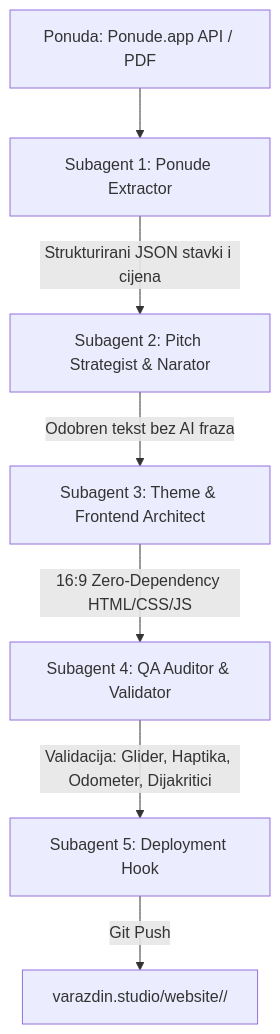
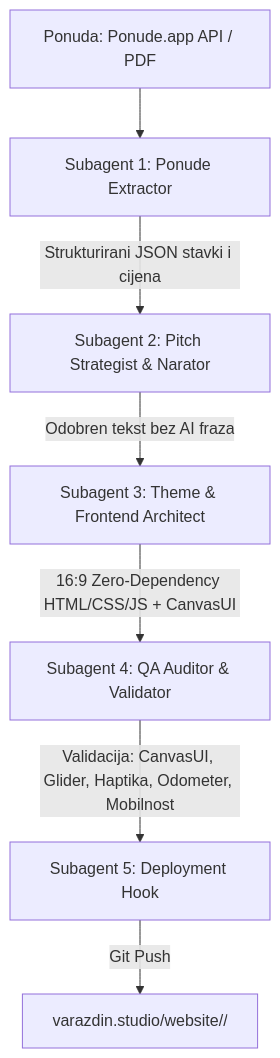
Before and after one commit to timon2200/ponude: the diagram in AGENTS.md, drawn with Mermaid. The commit also changed other lines of this file and 3 other files, not shown here.

````diff
--- a/AGENTS.md
+++ b/AGENTS.md
@@ -186,9 +198,9 @@
 ```mermaid
 graph TD
     A[Ponuda: Ponude.app API / PDF] --> B[Subagent 1: Ponude Extractor]
     B -->|Strukturirani JSON stavki i cijena| C[Subagent 2: Pitch Strategist & Narator]
     C -->|Odobren tekst bez AI fraza| D[Subagent 3: Theme & Frontend Architect]
-    D -->|16:9 Zero-Dependency HTML/CSS/JS| E[Subagent 4: QA Auditor & Validator]
-    E -->|Validacija: Glider, Haptika, Odometer, Dijakritici| F[Subagent 5: Deployment Hook]
+    D -->|16:9 Zero-Dependency HTML/CSS/JS + CanvasUI| E[Subagent 4: QA Auditor & Validator]
+    E -->|Validacija: CanvasUI, Glider, Haptika, Odometer, Mobilnost| F[Subagent 5: Deployment Hook]
     F -->|Git Push| G[varazdin.studio/website/<client-slug>/]
 ```
````
